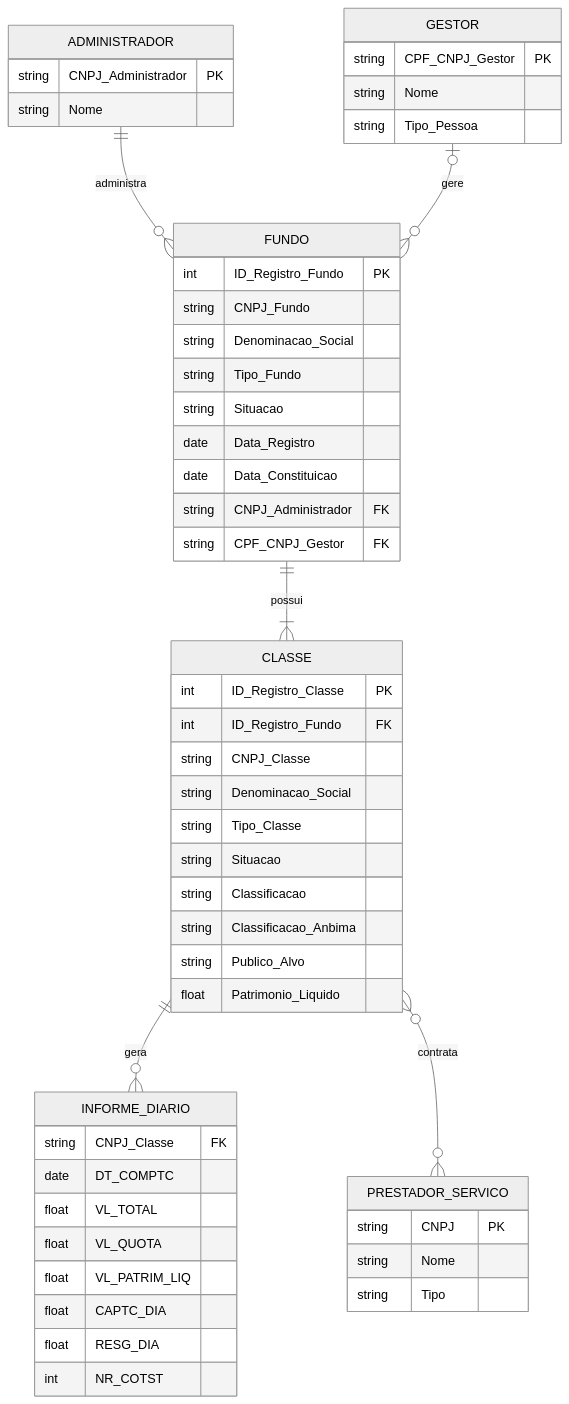
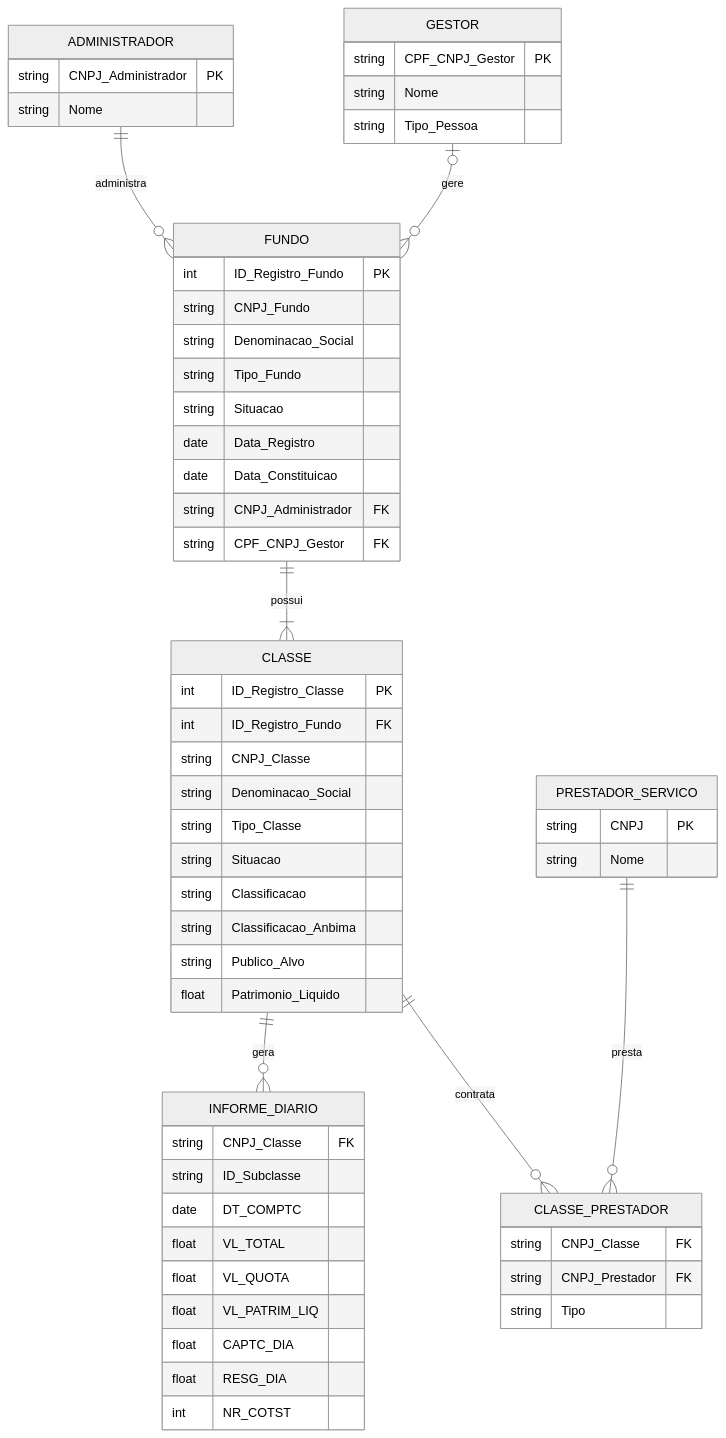
Before and after one commit to nataliamotand/tp-bd-fundos-cvm: the diagram in docs/modelo_er.md, drawn with Mermaid (neutral theme). The commit also changed 3 other files, not shown here.

Commit message:
atualiza README e diagramas com correções da Etapa 3

````diff
--- a/docs/modelo_er.md
+++ b/docs/modelo_er.md
@@ -3,56 +3,62 @@
 ```mermaid
 erDiagram
     FUNDO {
         int ID_Registro_Fundo PK
         string CNPJ_Fundo
         string Denominacao_Social
         string Tipo_Fundo
         string Situacao
         date Data_Registro
         date Data_Constituicao
         string CNPJ_Administrador FK
         string CPF_CNPJ_Gestor FK
     }
     ADMINISTRADOR {
         string CNPJ_Administrador PK
         string Nome
     }
     GESTOR {
         string CPF_CNPJ_Gestor PK
         string Nome
         string Tipo_Pessoa
     }
     CLASSE {
         int ID_Registro_Classe PK
         int ID_Registro_Fundo FK
         string CNPJ_Classe
         string Denominacao_Social
         string Tipo_Classe
         string Situacao
         string Classificacao
         string Classificacao_Anbima
         string Publico_Alvo
         float Patrimonio_Liquido
     }
     PRESTADOR_SERVICO {
         string CNPJ PK
         string Nome
+    }
+    CLASSE_PRESTADOR {
+        string CNPJ_Classe FK
+        string CNPJ_Prestador FK
         string Tipo
     }
     INFORME_DIARIO {
         string CNPJ_Classe FK
+        string ID_Subclasse
         date DT_COMPTC
         float VL_TOTAL
         float VL_QUOTA
         float VL_PATRIM_LIQ
         float CAPTC_DIA
         float RESG_DIA
         int NR_COTST
     }
 
     ADMINISTRADOR ||--o{ FUNDO : "administra"
     GESTOR |o--o{ FUNDO : "gere"
     FUNDO ||--|{ CLASSE : "possui"
     CLASSE ||--o{ INFORME_DIARIO : "gera"
-    CLASSE }o--o{ PRESTADOR_SERVICO : "contrata"
+    CLASSE ||--o{ CLASSE_PRESTADOR : "contrata"
+    PRESTADOR_SERVICO ||--o{ CLASSE_PRESTADOR : "presta"
 ```
````
